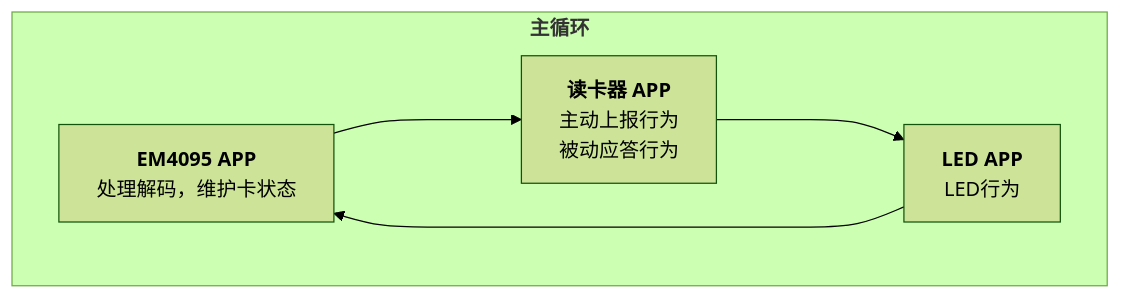
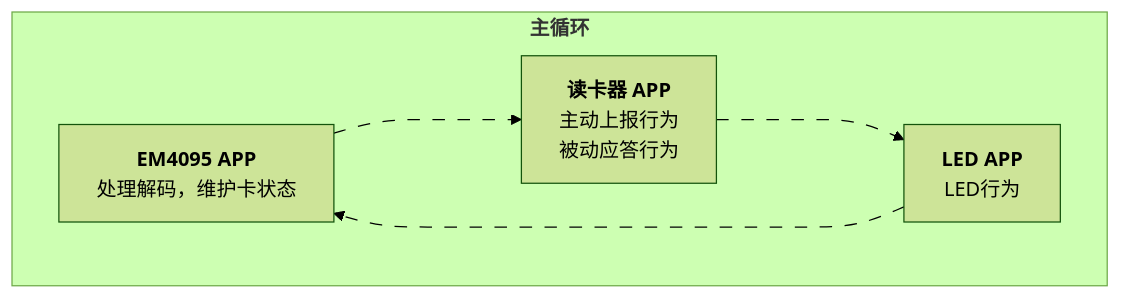
The sixth of 6 diagrams in 工作/[[SR3读卡器]]/260804SR3框架整理.md (Siaiai/ObsidianNote), drawn with Mermaid (forest theme) before and after one commit. The commit also changed 2 other files, not shown here.

Commit message:
[自动]笔记同步:2026-08-05 11:35:36 涉及文件个数:3
Affected files:
.obsidian/community-plugins.json
.obsidian/workspace.json
工作/[[SR3读卡器]]/260804SR3框架整理.md

````diff
--- a/工作/[[SR3读卡器]]/260804SR3框架整理.md
+++ b/工作/[[SR3读卡器]]/260804SR3框架整理.md
@@ -257,19 +257,24 @@
 ```mermaid
 flowchart TB
 	subgraph MAIN["`**主循环**`"]
 		direction LR
 		APP_EM4095["`**EM4095 APP** 
 		处理解码，维护卡状态`"]
 		APP_READER["`**读卡器 APP**
 		主动上报行为
 		被动应答行为`"]
 		APP_LED["`**LED APP**
 		LED行为`"]
 		
-		APP_EM4095 ---> APP_READER
-		APP_READER ---> APP_LED
-		APP_LED ---> APP_EM4095
+		APP_EM4095 e1@---> APP_READER
+		APP_READER e2@---> APP_LED
+		APP_LED e3@---> APP_EM4095
 		
-		
+		classDef animate stroke-dasharray: 10,5,stroke-dashoffset: 5000,animation: dash 25s linear infinite; 
+		class e1 animate
+		class e2 animate
+		class e3 animate
 	end
+	
+	
 ```
````
